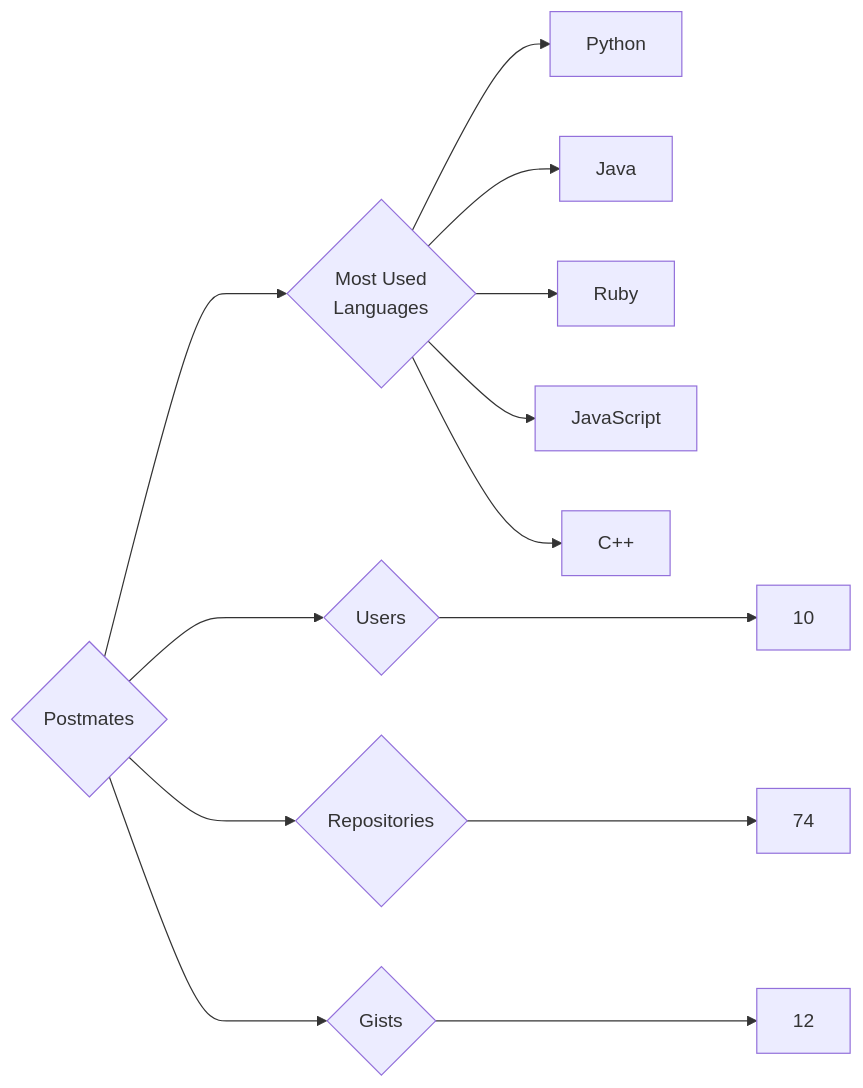
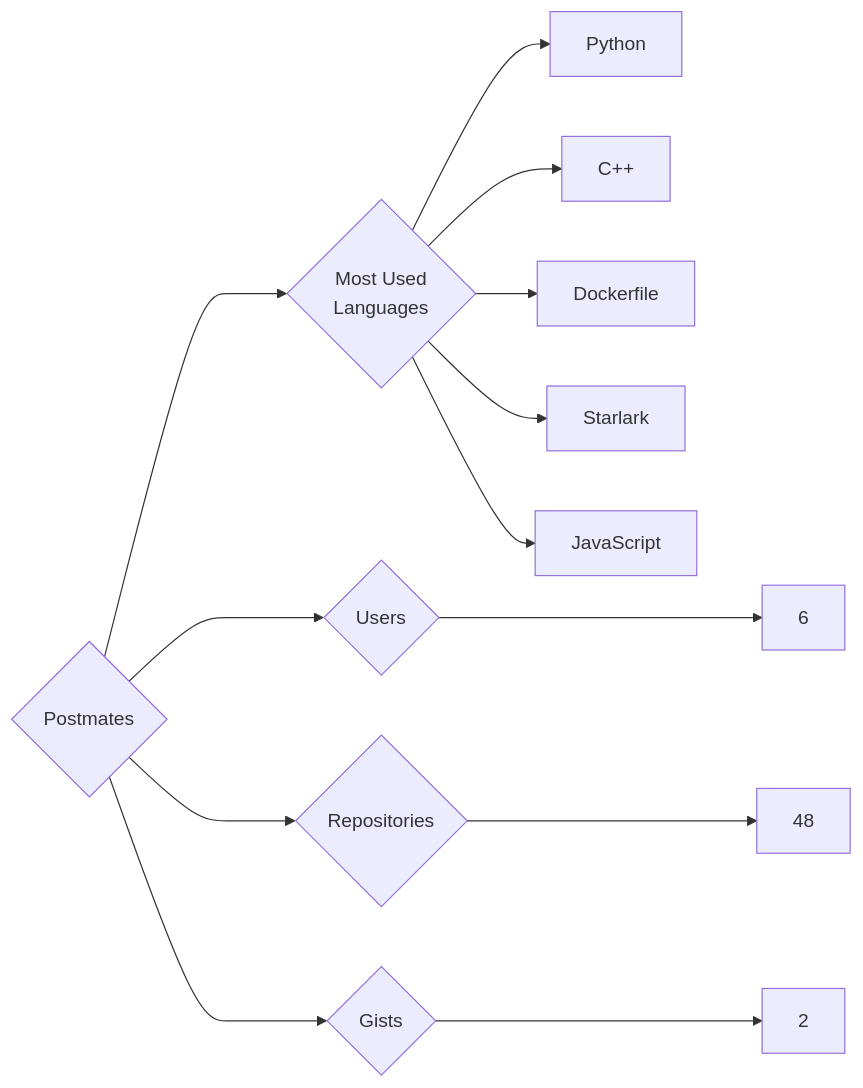
Before and after one commit to trickest/insiders: the diagram in targets/Postmates/README.md, drawn with Mermaid. The commit also changed 953 other files, not shown here.

````diff
--- a/targets/Postmates/README.md
+++ b/targets/Postmates/README.md
@@ -3,13 +3,13 @@
 ```mermaid
 graph LR
 COMPANY_NAME{Postmates}
-COMPANY_NAME ---> U{Users} ---> UN[10]
-COMPANY_NAME ---> R{Repositories} ---> RN[74]
-COMPANY_NAME ---> G{Gists} ---> GN[12]
+COMPANY_NAME ---> U{Users} ---> UN[6]
+COMPANY_NAME ---> R{Repositories} ---> RN[48]
+COMPANY_NAME ---> G{Gists} ---> GN[2]
 COMPANY_NAME ---> ML{Most Used<br>Languages}
 ML --> Python[Python]
-ML --> Java[Java]
-ML --> Ruby[Ruby]
+ML --> C++[C++]
+ML --> Dockerfile[Dockerfile]
+ML --> Starlark[Starlark]
 ML --> JavaScript[JavaScript]
-ML --> C++[C++]
 ```
````
